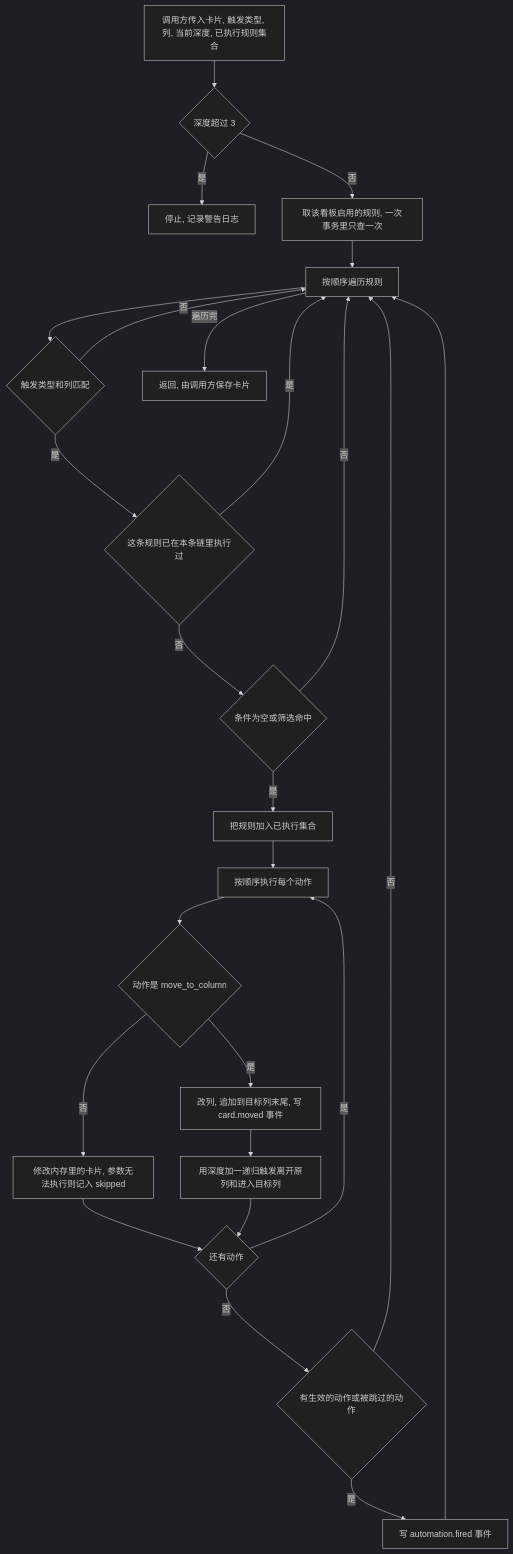
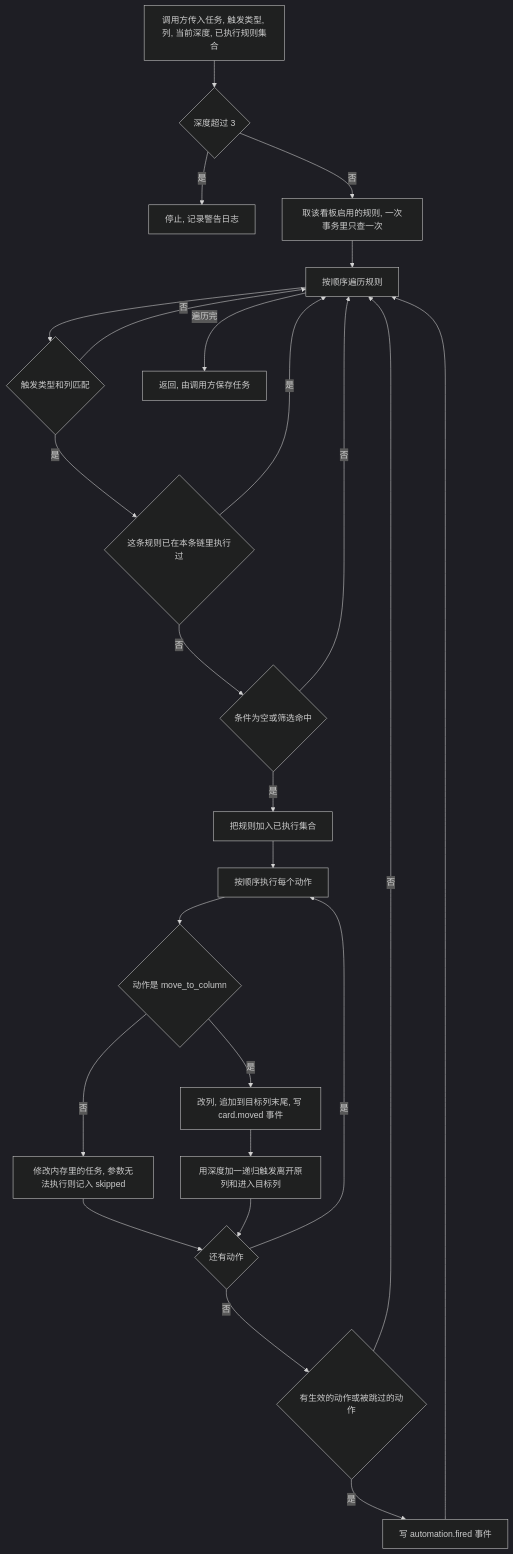
One commit to ixugo/slate-kanban changed the first of 3 diagrams in .cursor/scopes/kanban.automation.go.md. Above: the diagram before and after it, drawn with Mermaid (dark theme). The commit also changed other lines of this file and 49 other files, not shown here.

````diff
--- a/.cursor/scopes/kanban.automation.go.md
+++ b/.cursor/scopes/kanban.automation.go.md
@@ -71,27 +71,27 @@
 ```mermaid
 flowchart TD
-    A[调用方传入卡片, 触发类型, 列, 当前深度, 已执行规则集合] --> B{深度超过 3}
+    A[调用方传入任务, 触发类型, 列, 当前深度, 已执行规则集合] --> B{深度超过 3}
     B -->|是| Z1[停止, 记录警告日志]
     B -->|否| C[取该看板启用的规则, 一次事务里只查一次]
     C --> D[按顺序遍历规则]
     D --> E{触发类型和列匹配}
     E -->|否| D
     E -->|是| F{这条规则已在本条链里执行过}
     F -->|是| D
     F -->|否| G{条件为空或筛选命中}
     G -->|否| D
     G -->|是| H[把规则加入已执行集合]
     H --> I[按顺序执行每个动作]
     I --> J{动作是 move_to_column}
-    J -->|否| K[修改内存里的卡片, 参数无法执行则记入 skipped]
+    J -->|否| K[修改内存里的任务, 参数无法执行则记入 skipped]
     J -->|是| L[改列, 追加到目标列末尾, 写 card.moved 事件]
     L --> M[用深度加一递归触发离开原列和进入目标列]
     K --> N{还有动作}
     M --> N
     N -->|是| I
     N -->|否| O{有生效的动作或被跳过的动作}
     O -->|是| O2[写 automation.fired 事件]
     O -->|否| D
     O2 --> D
-    D -->|遍历完| P[返回, 由调用方保存卡片]
+    D -->|遍历完| P[返回, 由调用方保存任务]
 ```
````
